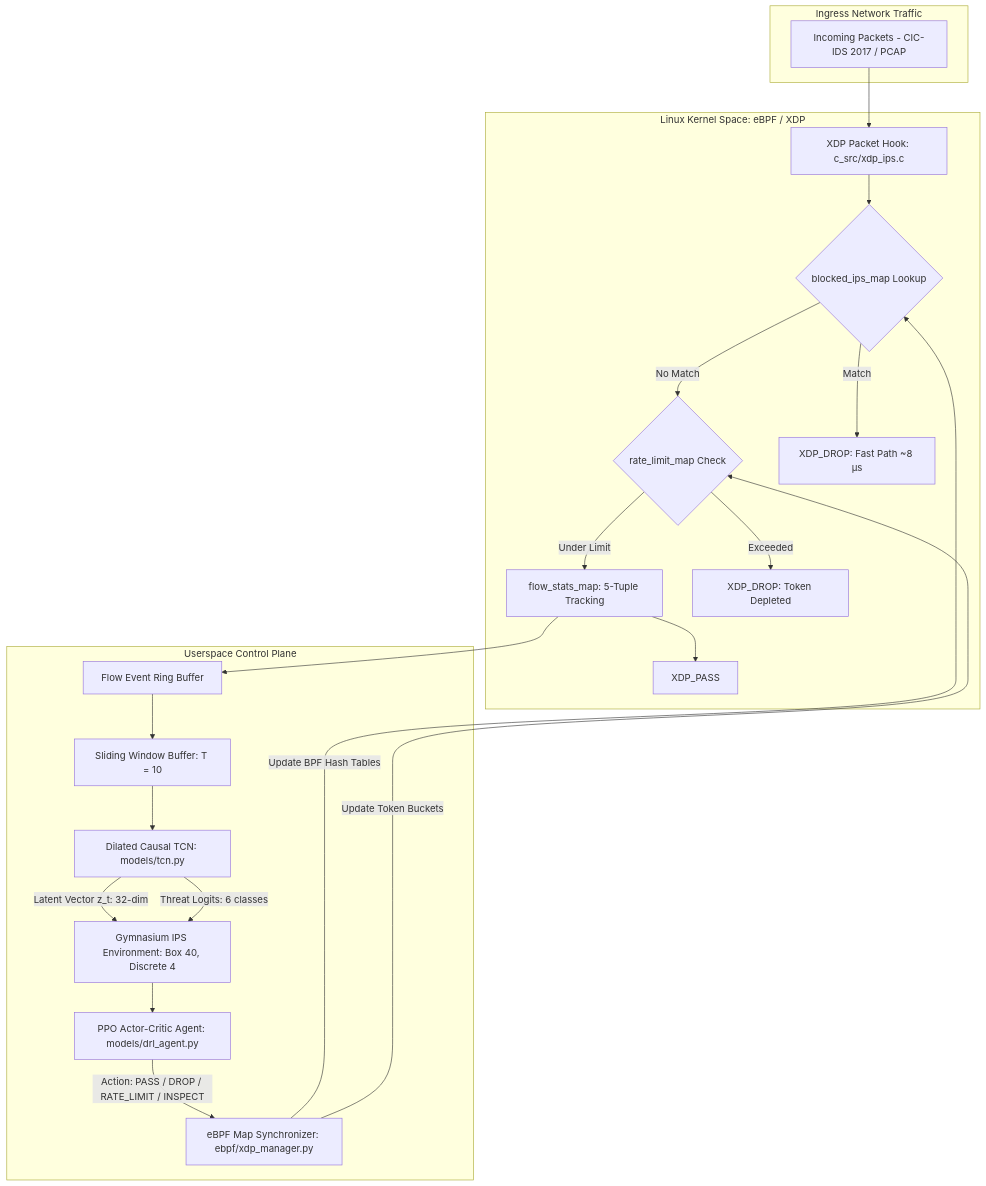
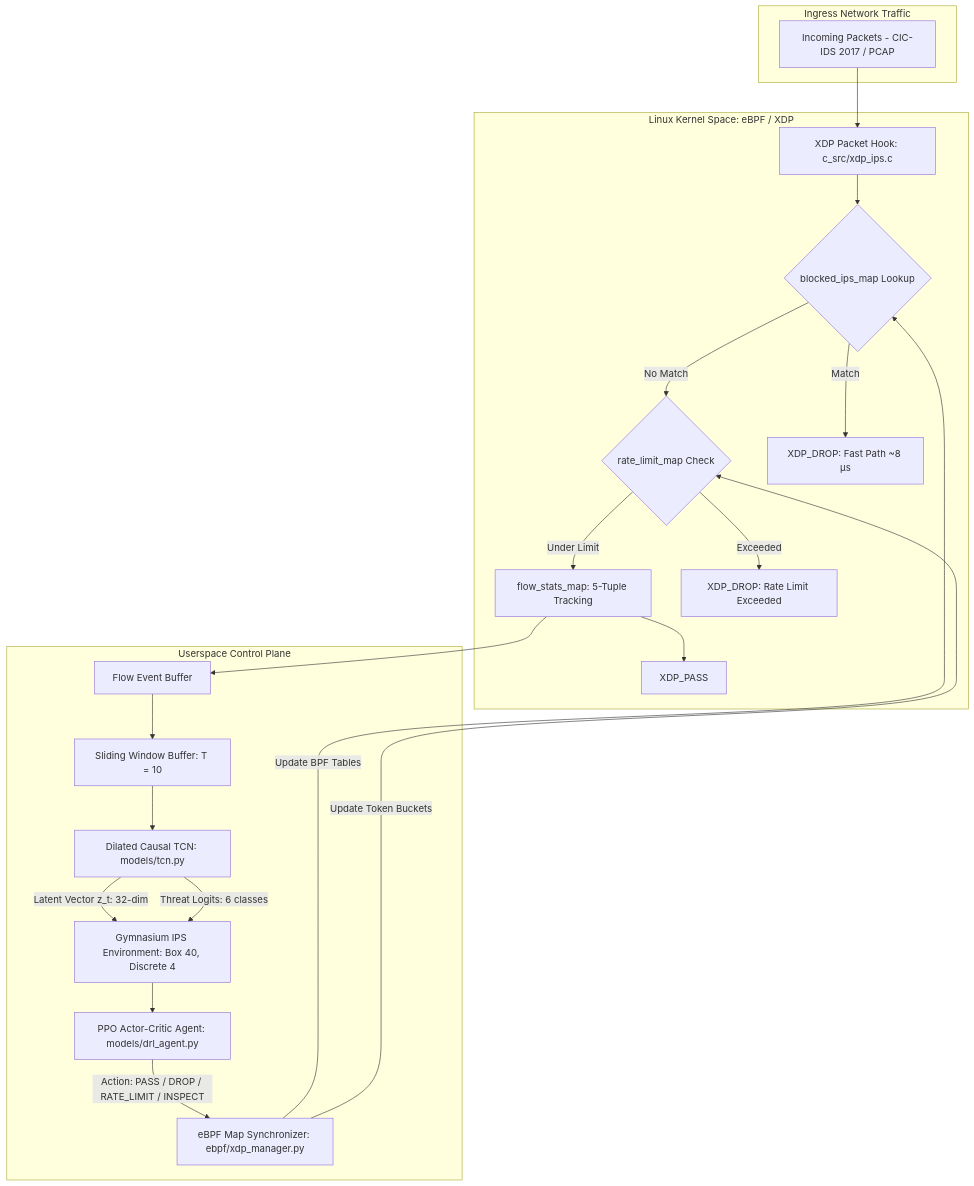
Before and after one commit to Soknocked112/SENTRIX: the diagram in README.md, drawn with Mermaid. The commit also changed other lines of this file and 35 other files, not shown here.

Commit message:
Refactor architecture docs, add high-speed eBPF throughput benchmarks, and update control console

````diff
--- a/README.md
+++ b/README.md
@@ -29,42 +31,42 @@
 ```mermaid
 flowchart TD
     subgraph Ingress[Ingress Network Traffic]
         PKT[Incoming Packets - CIC-IDS 2017 / PCAP]
     end
 
     subgraph KernelSpace[Linux Kernel Space: eBPF / XDP]
         XDP[XDP Packet Hook: c_src/xdp_ips.c]
         BMAP{blocked_ips_map Lookup}
         RLMAP{rate_limit_map Check}
         FLOWMAP[flow_stats_map: 5-Tuple Tracking]
         DROP1[XDP_DROP: Fast Path ~8 µs]
-        DROP2[XDP_DROP: Token Depleted]
+        DROP2[XDP_DROP: Rate Limit Exceeded]
         PASS1[XDP_PASS]
     end
 
     subgraph ControlPlane[Userspace Control Plane]
-        RING[Flow Event Ring Buffer]
+        RING[Flow Event Buffer]
         BUF[Sliding Window Buffer: T = 10]
         TCN[Dilated Causal TCN: models/tcn.py]
         ENV[Gymnasium IPS Environment: Box 40, Discrete 4]
         PPO[PPO Actor-Critic Agent: models/drl_agent.py]
         SYNC[eBPF Map Synchronizer: ebpf/xdp_manager.py]
     end
 
     PKT --> XDP
     XDP --> BMAP
     BMAP -- Match --> DROP1
     BMAP -- No Match --> RLMAP
     RLMAP -- Exceeded --> DROP2
     RLMAP -- Under Limit --> FLOWMAP
     FLOWMAP --> PASS1
     FLOWMAP --> RING
     RING --> BUF
     BUF --> TCN
     TCN -- Latent Vector z_t: 32-dim --> ENV
     TCN -- Threat Logits: 6 classes --> ENV
     ENV --> PPO
     PPO -- Action: PASS / DROP / RATE_LIMIT / INSPECT --> SYNC
-    SYNC -- Update BPF Hash Tables --> BMAP
+    SYNC -- Update BPF Tables --> BMAP
     SYNC -- Update Token Buckets --> RLMAP
 ```
````
